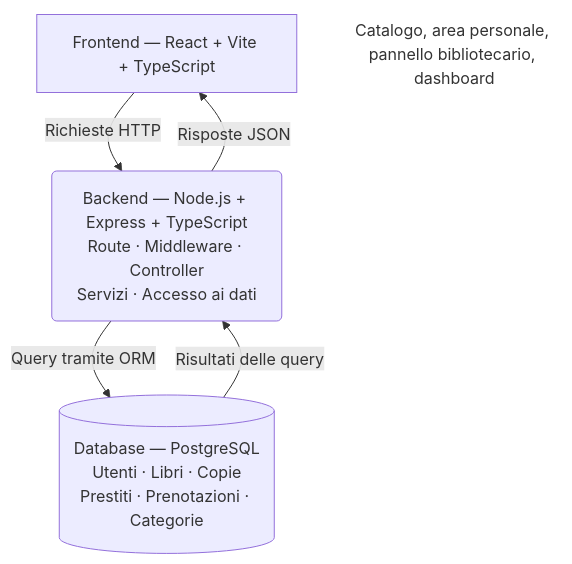
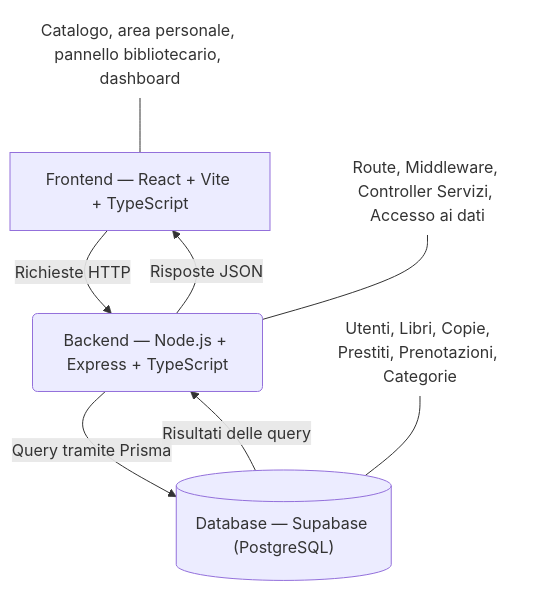
Before and after one commit to Fedois/project-work: the diagram in documents/diagrams/stack.md, drawn with Mermaid. The commit also changed other lines of this file and 10 other files, not shown here.

````diff
--- a/documents/diagrams/stack.md
+++ b/documents/diagrams/stack.md
@@ -1,10 +3,17 @@
 ```mermaid
 flowchart TB
-    A["Frontend — React + Vite + TypeScript"] -- Richieste HTTP --> B("Backend — Node.js + Express + TypeScript<br>Route · Middleware · Controller<br>Servizi · Accesso ai dati")
+    A["Frontend — React + Vite + TypeScript"] -- Richieste HTTP --> B("Backend — Node.js + Express + TypeScript<br>")
     B -- Risposte JSON --> A
-    B -- Query tramite ORM --> C[("Database — PostgreSQL<br>Utenti · Libri · Copie<br>Prestiti · Prenotazioni · Categorie")]
+    B -- Query tramite Prisma --> C[("Database — Supabase (PostgreSQL)")]
     C -- Risultati delle query --> B
     n1["Catalogo, area personale, pannello bibliotecario, dashboard"]
+    n2["Route, Middleware, Controller Servizi, Accesso ai dati"]
+    n3["Utenti, Libri, Copie, Prestiti, Prenotazioni, Categorie"]
 
     n1@{ shape: text}
+    n2@{ shape: text}
+    n3@{ shape: text}
+    n1 --- A
+    n2 --- B
+    n3 --- C
 ```
````
